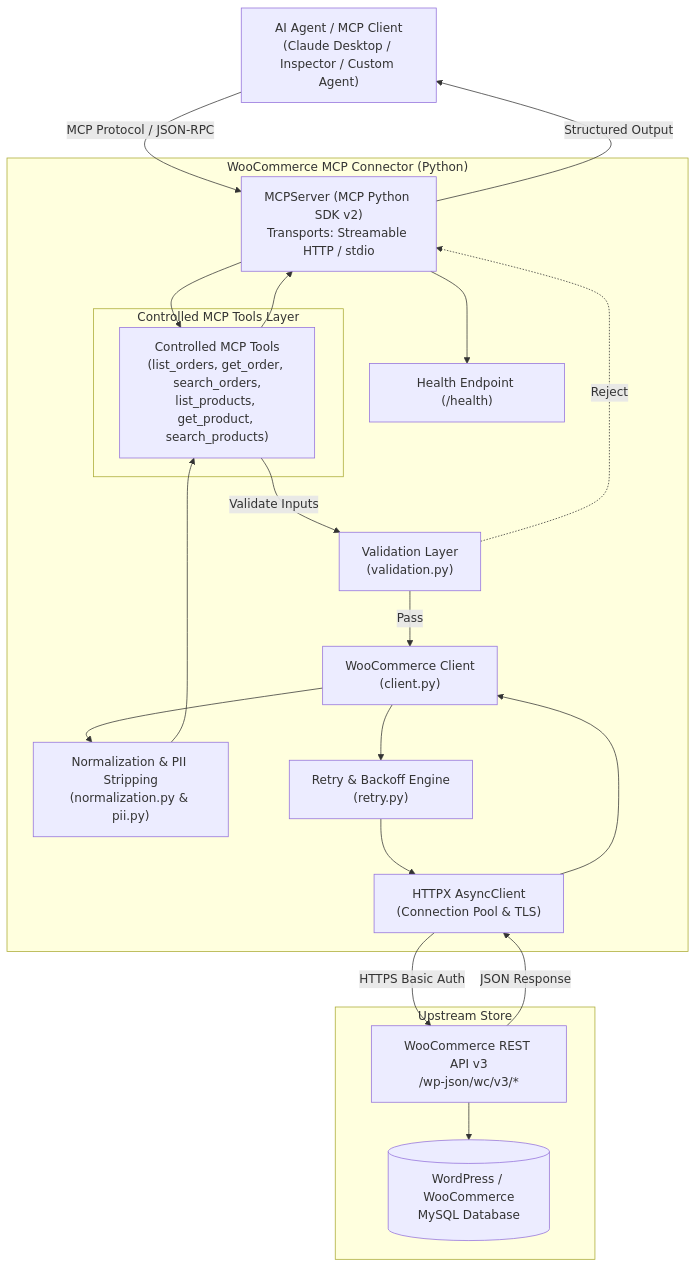
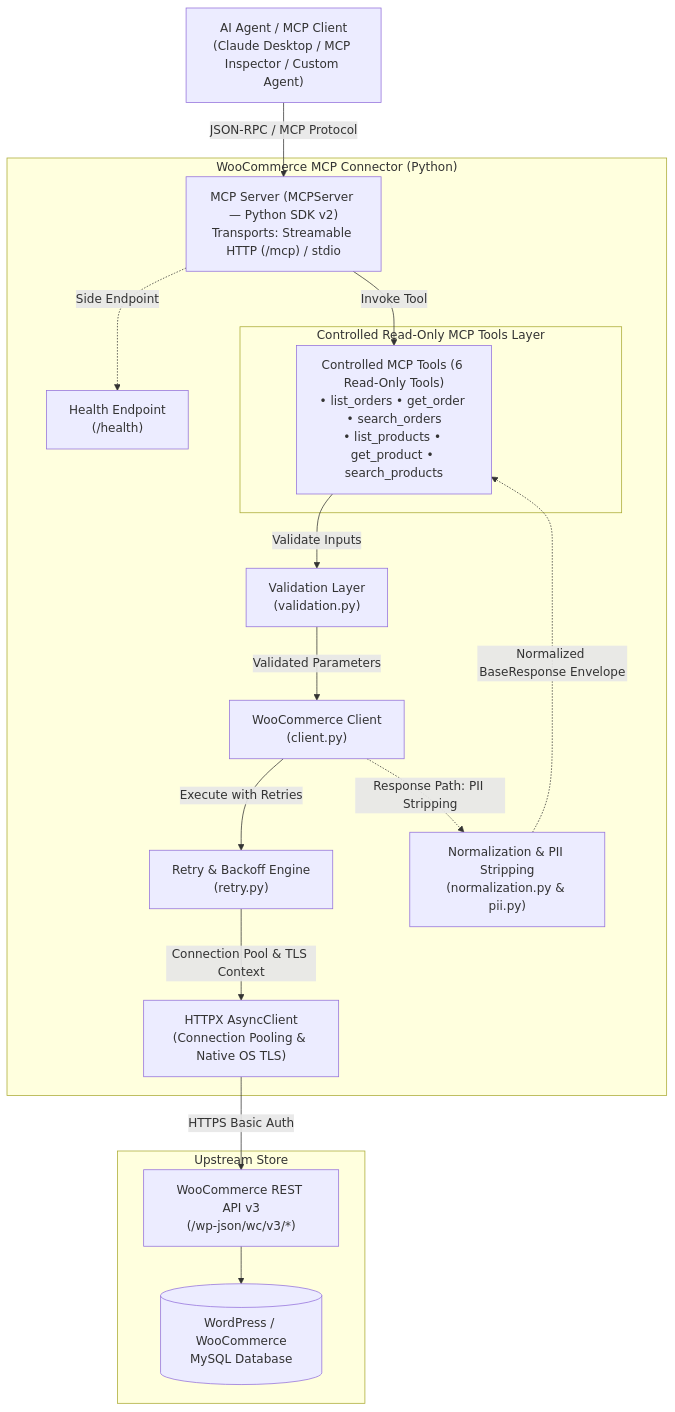
The diagram in docs/ARCHITECTURE.md (HEMANTHSWAMY26/razorpay-fde-woocommerce-connector), drawn with Mermaid before and after one commit.

Commit message:
docs: simplify architecture diagram

````diff
--- a/docs/ARCHITECTURE.md
+++ b/docs/ARCHITECTURE.md
@@ -9,41 +9,43 @@
 ```mermaid
 graph TD
-    Client["AI Agent / MCP Client<br/>(Claude Desktop / Inspector / Custom Agent)"]
-    
+    Client["AI Agent / MCP Client<br/>(Claude Desktop / MCP Inspector / Custom Agent)"]
+
     subgraph Connector ["WooCommerce MCP Connector (Python)"]
-        Server["MCPServer (MCP Python SDK v2)<br/>Transports: Streamable HTTP / stdio"]
-        HealthRoute["Health Endpoint (/health)"]
-        
-        subgraph ToolsLayer ["Controlled MCP Tools Layer"]
-            Tools["Controlled MCP Tools<br/>(list_orders, get_order, search_orders,<br/>list_products, get_product, search_products)"]
+        Server["MCP Server (MCPServer — Python SDK v2)<br/>Transports: Streamable HTTP (/mcp) / stdio"]
+        HealthRoute["Health Endpoint<br/>(/health)"]
+
+        subgraph ToolsGroup ["Controlled Read-Only MCP Tools Layer"]
+            Tools["Controlled MCP Tools (6 Read-Only Tools)<br/>• list_orders • get_order • search_orders<br/>• list_products • get_product • search_products"]
         end
-        
+
         Val["Validation Layer<br/>(validation.py)"]
         Norm["Normalization & PII Stripping<br/>(normalization.py & pii.py)"]
+        WCClient["WooCommerce Client<br/>(client.py)"]
         Retry["Retry & Backoff Engine<br/>(retry.py)"]
-        WCClient["WooCommerce Client<br/>(client.py)"]
-        HTTPX["HTTPX AsyncClient<br/>(Connection Pool & TLS)"]
+        HTTPX["HTTPX AsyncClient<br/>(Connection Pooling & Native OS TLS)"]
     end
-    
+
     subgraph Upstream ["Upstream Store"]
-        WCRest["WooCommerce REST API v3<br/>/wp-json/wc/v3/*"]
+        WCRest["WooCommerce REST API v3<br/>(/wp-json/wc/v3/*)"]
         StoreDB[("WordPress / WooCommerce<br/>MySQL Database")]
     end
 
-    Client -->|MCP Protocol / JSON-RPC| Server
-    Server --> HealthRoute
-    Server --> Tools
+    %% Main Request Flow
+    Client -->|JSON-RPC / MCP Protocol| Server
+    Server -. Side Endpoint .-> HealthRoute
+    Server -->|Invoke Tool| Tools
+
+    %% Input Validation & Client Dispatch
     Tools -->|Validate Inputs| Val
-    Val -->|Pass| WCClient
-    Val -.->|Reject| Server
-    WCClient --> Retry
-    Retry --> HTTPX
+    Val -->|Validated Parameters| WCClient
+
+    %% Outbound Request Path with Resilience
+    WCClient -->|Execute with Retries| Retry
+    Retry -->|Connection Pool & TLS Context| HTTPX
     HTTPX -->|HTTPS Basic Auth| WCRest
     WCRest --> StoreDB
-    WCRest -->|JSON Response| HTTPX
-    HTTPX --> WCClient
-    WCClient --> Norm
-    Norm --> Tools
-    Tools --> Server
-    Server -->|Structured Output| Client
+
+    %% Response Path with Data Minimization & Normalization
+    WCClient -.->|Response Path: PII Stripping| Norm
+    Norm -.->|Normalized BaseResponse Envelope| Tools
 ```
````
